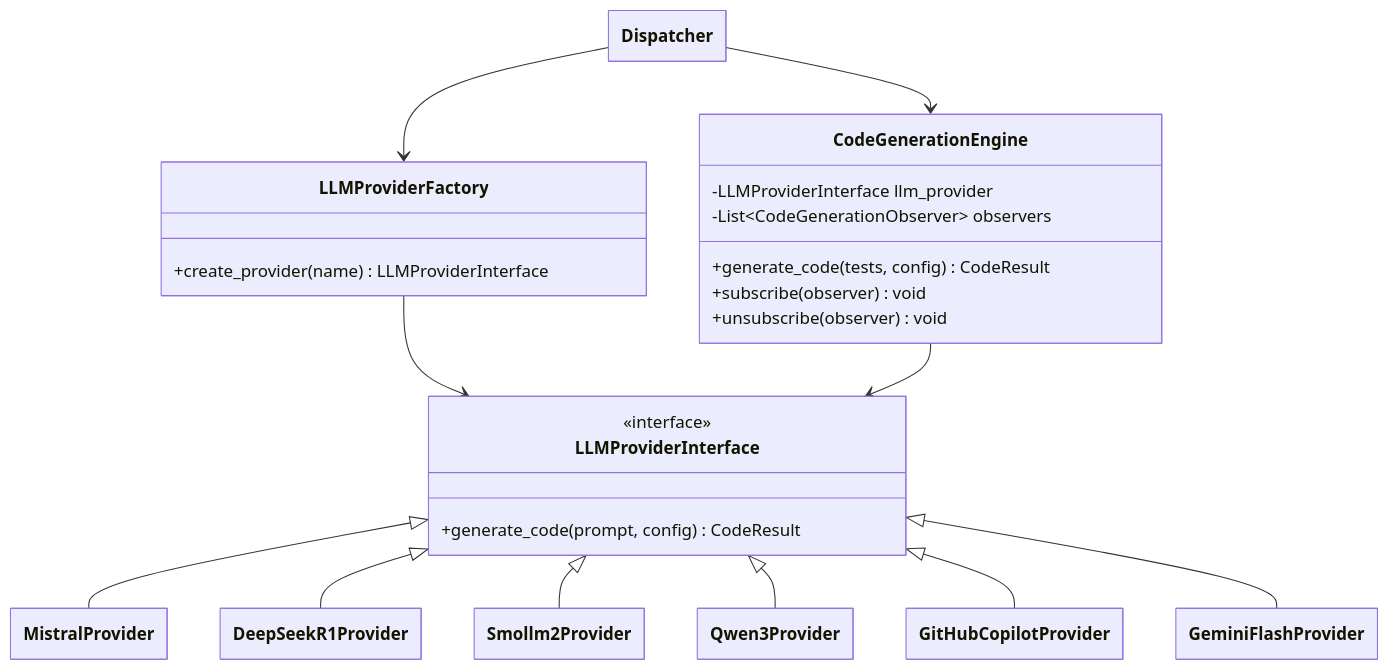
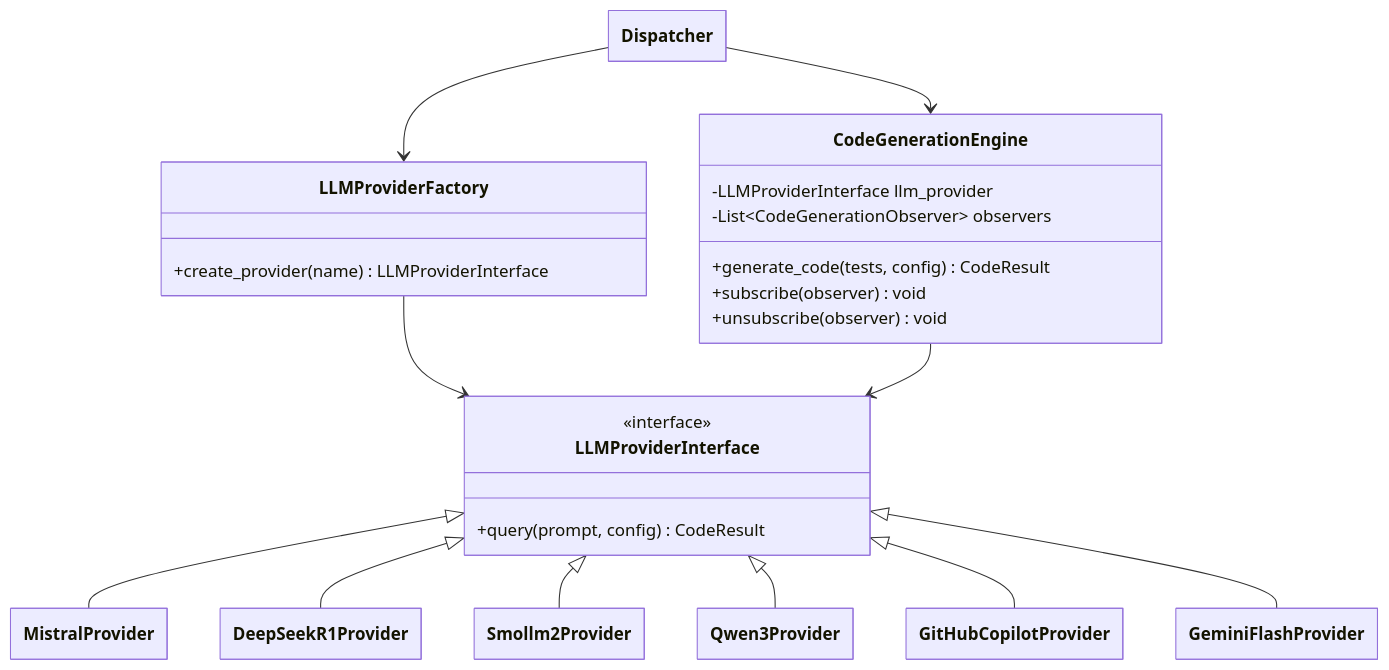
Before and after one commit to FilippoGurioli/test-2-code-llm: the fifth of 7 diagrams in docs/design.md, drawn with Mermaid. The commit also changed other lines of this file, not shown here.

Commit message:
docs: update doc accordingly with new method names

````diff
--- a/docs/design.md
+++ b/docs/design.md
@@ -176,33 +176,33 @@
 ```mermaid
 ---
   config:
     class:
       hideEmptyMembersBox: true
 ---
 classDiagram
     class CodeGenerationEngine {
         -LLMProviderInterface llm_provider
         -List~CodeGenerationObserver~ observers
         +generate_code(tests, config) CodeResult
         +subscribe(observer) void
         +unsubscribe(observer) void
     }
     class LLMProviderInterface {
         <<interface>>
-        +generate_code(prompt, config) CodeResult
+        +query(prompt, config) CodeResult
     }
     class LLMProviderFactory {
         +create_provider(name) LLMProviderInterface
     }
     class Dispatcher {}
     Dispatcher --> CodeGenerationEngine
     Dispatcher --> LLMProviderFactory
     LLMProviderFactory --> LLMProviderInterface
     CodeGenerationEngine --> LLMProviderInterface
     LLMProviderInterface <|-- MistralProvider
     LLMProviderInterface <|-- DeepSeekR1Provider
     LLMProviderInterface <|-- Smollm2Provider
     LLMProviderInterface <|-- Qwen3Provider
     LLMProviderInterface <|-- GitHubCopilotProvider
     LLMProviderInterface <|-- GeminiFlashProvider
 ```
````
